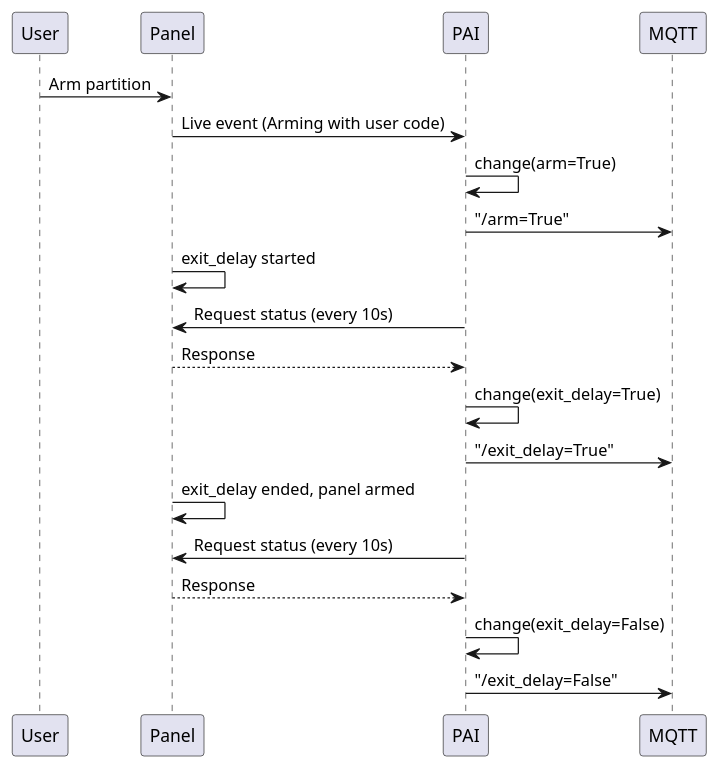
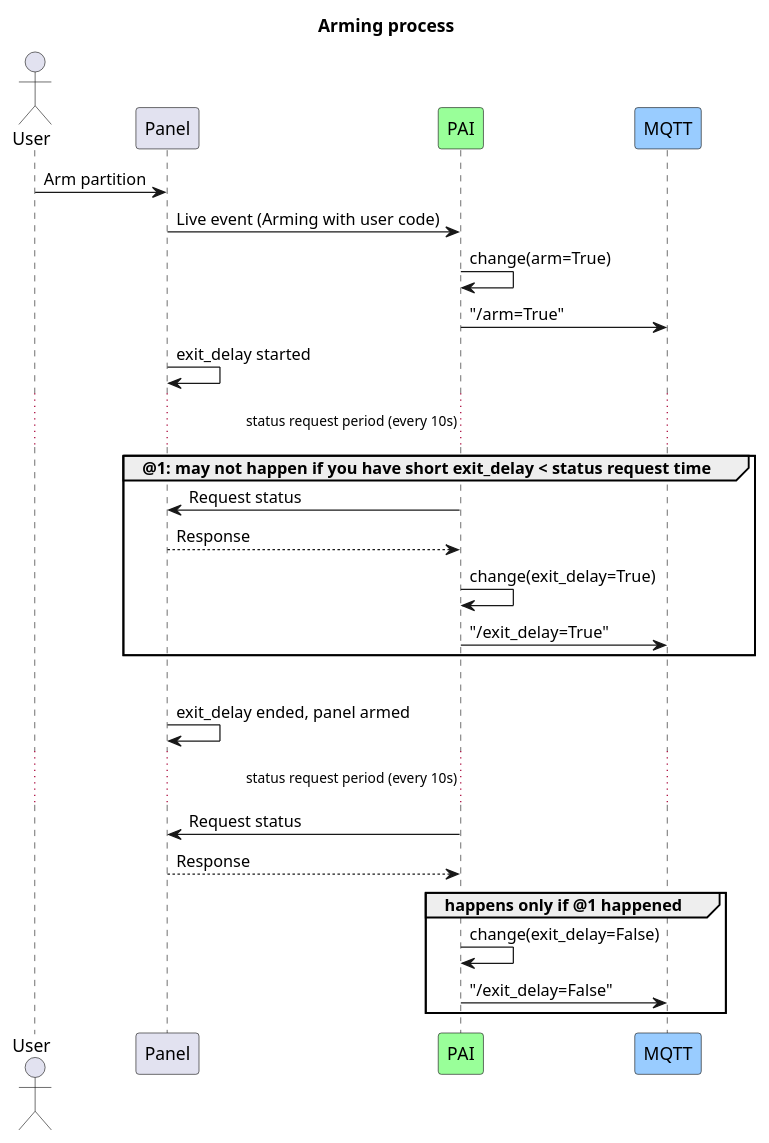
One commit to ParadoxAlarmInterface/pai changed the diagram in docs/arming.puml. Above: the diagram before and after it, drawn with PlantUML.

Commit message:
Arming PlantUML improved

```diff
--- a/docs/arming.puml
+++ b/docs/arming.puml
@@ -1,18 +1,29 @@
 @startuml
+title Arming process
+actor User
+participant Panel
+participant PAI #99FF99
+participant MQTT #99CCFF
 User->Panel: Arm partition
 Panel->PAI: Live event (Arming with user code)
 PAI->PAI: change(arm=True)
 PAI->MQTT: "/arm=True"
 
 Panel->Panel: exit_delay started
-PAI->Panel: Request status (every 10s)
+...status request period (every 10s)...
+group @1: may not happen if you have short exit_delay < status request time
+PAI->Panel: Request status
 Panel-->PAI: Response
 PAI->PAI: change(exit_delay=True)
 PAI->MQTT: "/exit_delay=True"
-
+end
+|||
 Panel->Panel: exit_delay ended, panel armed
-PAI->Panel: Request status (every 10s)
+...status request period (every 10s)...
+PAI->Panel: Request status
 Panel-->PAI: Response
+group happens only if @1 happened
 PAI->PAI: change(exit_delay=False)
 PAI->MQTT: "/exit_delay=False"
+end
 @enduml
```
